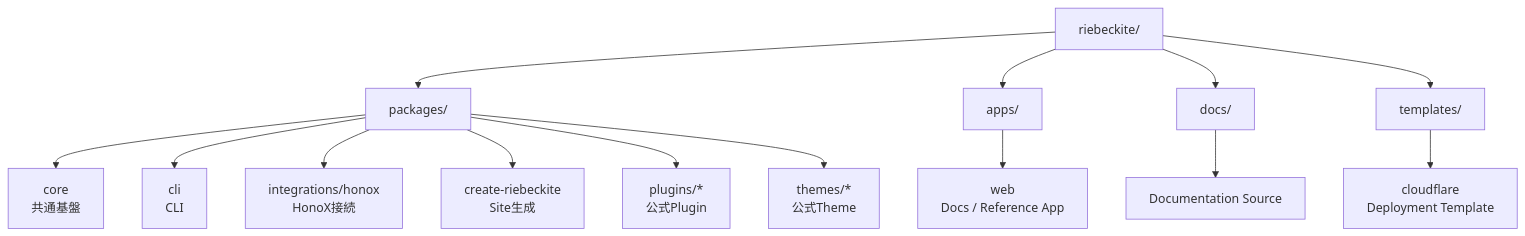
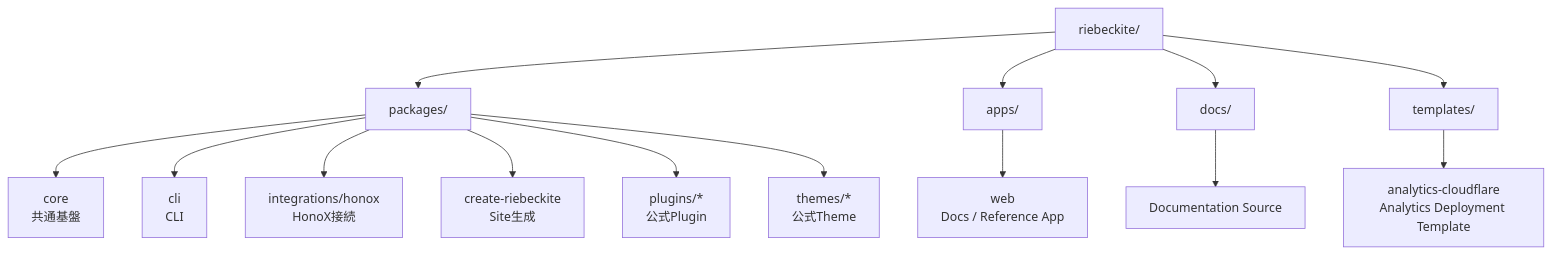
The second of 6 diagrams in docs/ja/docs/framework/development.md (Rerurate514/riebeckite), drawn with Mermaid before and after one commit. The commit also changed other lines of this file and 13 other files, not shown here.

````diff
--- a/docs/ja/docs/framework/development.md
+++ b/docs/ja/docs/framework/development.md
@@ -58,20 +58,20 @@
 ```mermaid id="7xv9qn"
 flowchart TD
     Repo["riebeckite/"]
 
     Repo --> Packages["packages/"]
     Repo --> Apps["apps/"]
     Repo --> Docs["docs/"]
     Repo --> Templates["templates/"]
 
     Packages --> Core["core<br/>共通基盤"]
     Packages --> CLI["cli<br/>CLI"]
     Packages --> Integration["integrations/honox<br/>HonoX接続"]
     Packages --> Create["create-riebeckite<br/>Site生成"]
     Packages --> Plugins["plugins/*<br/>公式Plugin"]
     Packages --> Themes["themes/*<br/>公式Theme"]
 
     Apps --> Web["web<br/>Docs / Reference App"]
     Docs --> DocSource["Documentation Source"]
-    Templates --> Cloudflare["cloudflare<br/>Deployment Template"]
+    Templates --> Analytics["analytics-cloudflare<br/>Analytics Deployment Template"]
 ```
````
